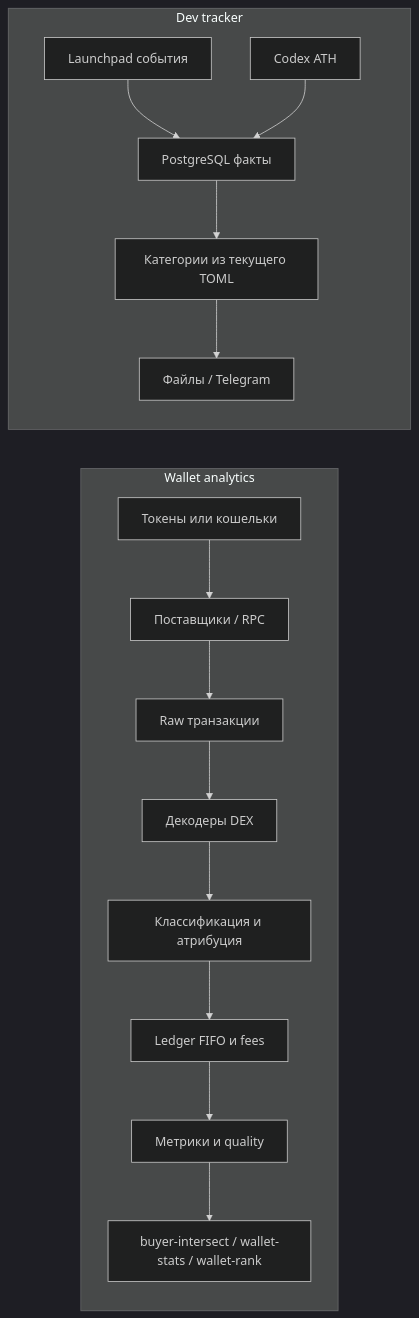
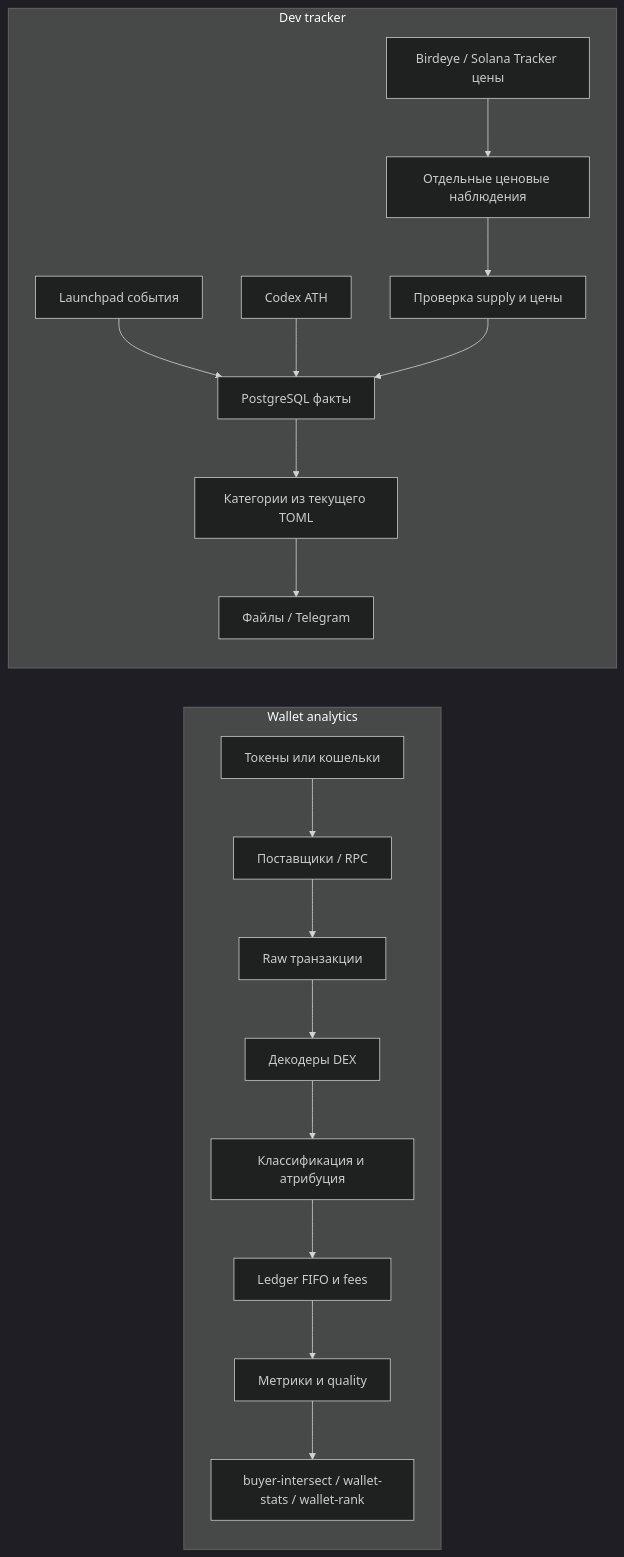
Before and after one commit to mattaku5hi/crypto-tools: the diagram in trader-scout/docs/PROJECT-GUIDE.md, drawn with Mermaid (dark theme). The commit also changed other lines of this file and 1 other file, not shown here.

````diff
--- a/trader-scout/docs/PROJECT-GUIDE.md
+++ b/trader-scout/docs/PROJECT-GUIDE.md
@@ -42,18 +42,21 @@
 ```mermaid
 flowchart LR
   subgraph Wallet analytics
     A[Токены или кошельки] --> P[Поставщики / RPC]
     P --> R[Raw транзакции]
     R --> D[Декодеры DEX]
     D --> N[Классификация и атрибуция]
     N --> L[Ledger FIFO и fees]
     L --> M[Метрики и quality]
     M --> C[buyer-intersect / wallet-stats / wallet-rank]
   end
   subgraph Dev tracker
     LP[Launchpad события] --> F[PostgreSQL факты]
     CP[Codex ATH] --> F
+    PH[Birdeye / Solana Tracker цены] --> PO[Отдельные ценовые наблюдения]
+    PO --> V[Проверка supply и цены]
+    V --> F
     F --> Q[Категории из текущего TOML]
     Q --> X[Файлы / Telegram]
   end
 ```
````
